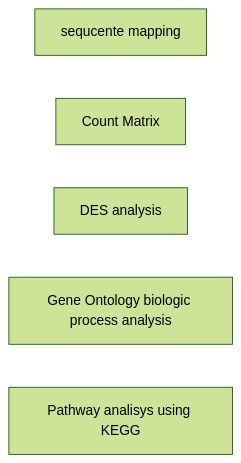
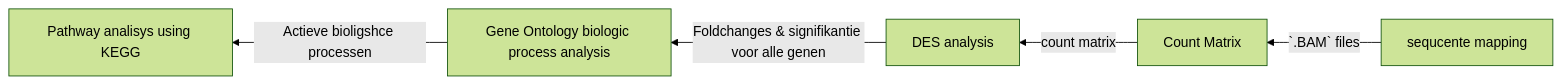
One commit to Quantum-Coder826/J2P4casusTranscriptomics changed the diagram in README.md. Above: the diagram before and after it, drawn with Mermaid (forest theme).

Commit message:
Added order

````diff
--- a/README.md
+++ b/README.md
@@ -38,15 +38,17 @@
 ```mermaid
 graph RL;
   seq_map[sequcente mapping];
   matrix[Count Matrix];
   data_ana[DES analysis];
   GO_ana[Gene Ontology biologic process analysis];
   KEGG_ana[Pathway analisys using KEGG];
   
   click seq_map "https://github.com/Quantum-Coder826/J2P4casusTranscriptomics/blob/main/scripts/seq_mapping.R";
   click matrix "https://github.com/Quantum-Coder826/J2P4casusTranscriptomics/blob/main/scripts/count_matrix.R";
   click data_ana "https://github.com/Quantum-Coder826/J2P4casusTranscriptomics/blob/main/scripts/data_ana.R";
   click GO_ana "https://github.com/Quantum-Coder826/J2P4casusTranscriptomics/blob/main/scripts/GO_analysis.R";
   click KEGG_ana "https://github.com/Quantum-Coder826/J2P4casusTranscriptomics/blob/main/scripts/KEGG_analysis.R";
+  
+  seq_map -->|`.BAM` files| matrix -->|count matrix| data_ana -->|Foldchanges & signifikantie voor alle genen| GO_ana -->|Actieve bioligshce processen| KEGG_ana;
 
 ```
````
